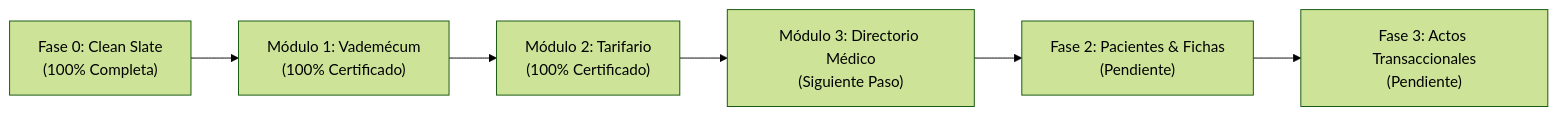
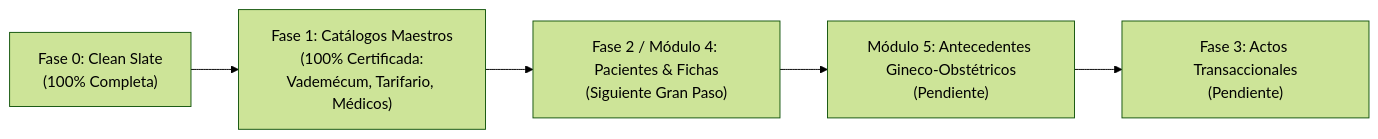
One commit to VinKE3/cendo-demo changed the diagram in docs/PROGRESS.md. Above: the diagram before and after it, drawn with Mermaid (forest theme). The commit also changed other lines of this file and 11 other files, not shown here.

Commit message:
feat(usuarios): modular architecture, anti-duplicate validation and 100% certified profiles CRUD

````diff
--- a/docs/PROGRESS.md
+++ b/docs/PROGRESS.md
@@ -23,8 +23,7 @@
 ```mermaid
 flowchart LR
-    Fase0["Fase 0: Clean Slate\n(100% Completa)"] --> Mod1["Módulo 1: Vademécum\n(100% Certificado)"]
-    Mod1 --> Mod2["Módulo 2: Tarifario\n(100% Certificado)"]
-    Mod2 --> Mod3["Módulo 3: Directorio Médico\n(Siguiente Paso)"]
-    Mod3 --> Fase2["Fase 2: Pacientes & Fichas\n(Pendiente)"]
-    Fase2 --> Fase3["Fase 3: Actos Transaccionales\n(Pendiente)"]
+    Fase0["Fase 0: Clean Slate\n(100% Completa)"] --> Fase1["Fase 1: Catálogos Maestros\n(100% Certificada:\nVademécum, Tarifario, Médicos)"]
+    Fase1 --> Mod4["Fase 2 / Módulo 4: Pacientes & Fichas\n(Siguiente Gran Paso)"]
+    Mod4 --> Mod5["Módulo 5: Antecedentes Gineco-Obstétricos\n(Pendiente)"]
+    Mod5 --> Fase3["Fase 3: Actos Transaccionales\n(Pendiente)"]
 ```
````
